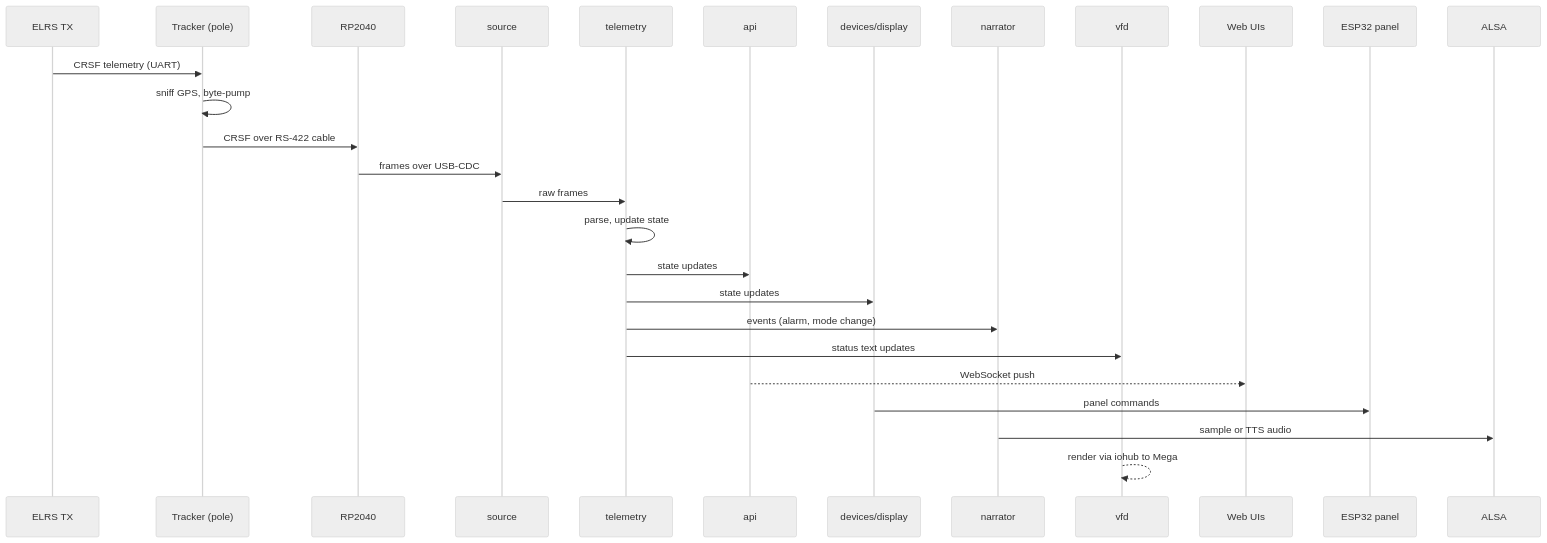
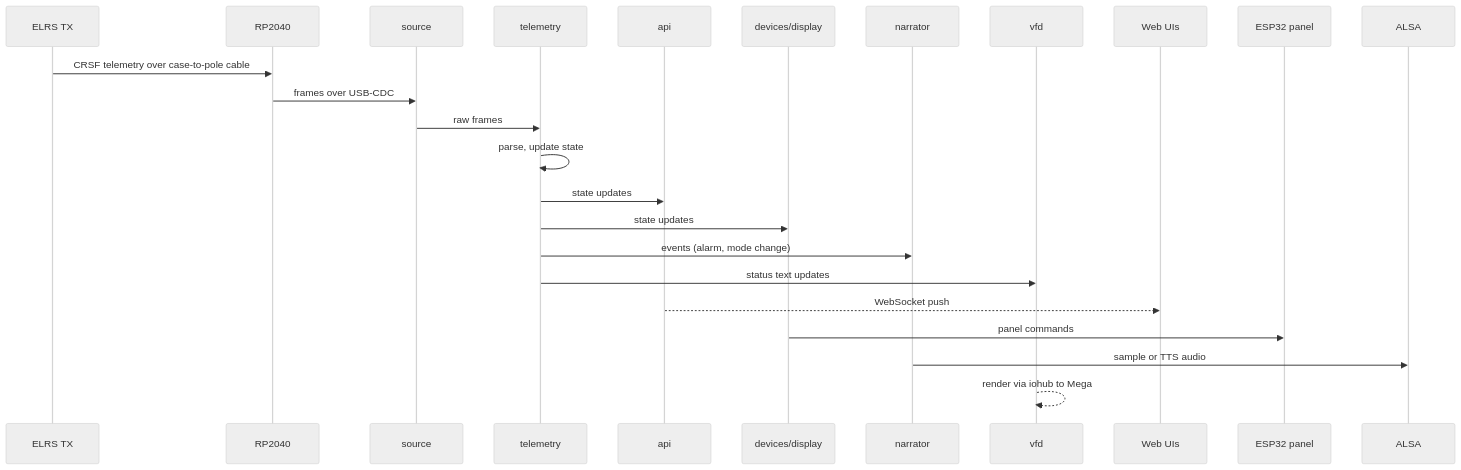
The second of 4 diagrams in docs/ARCHITECTURE.md (agoliveira/zerotx), drawn with Mermaid (neutral theme) before and after one commit. The commit also changed other lines of this file and 5 other files, not shown here.

````diff
--- a/docs/ARCHITECTURE.md
+++ b/docs/ARCHITECTURE.md
@@ -111,30 +109,27 @@
 ```mermaid
 sequenceDiagram
     participant ELRS as ELRS TX
-    participant TRK as Tracker (pole)
     participant RP as RP2040
     participant SRC as source
     participant TEL as telemetry
     participant API as api
     participant DSP as devices/display
     participant NAR as narrator
     participant VFD as vfd
     participant WEB as Web UIs
     participant PNL as ESP32 panel
     participant SPK as ALSA
 
-    ELRS->>TRK: CRSF telemetry (UART)
-    TRK->>TRK: sniff GPS, byte-pump
-    TRK->>RP: CRSF over RS-422 cable
+    ELRS->>RP: CRSF telemetry over case-to-pole cable
     RP->>SRC: frames over USB-CDC
     SRC->>TEL: raw frames
     TEL->>TEL: parse, update state
     TEL->>API: state updates
     TEL->>DSP: state updates
     TEL->>NAR: events (alarm, mode change)
     TEL->>VFD: status text updates
     API-->>WEB: WebSocket push
     DSP->>PNL: panel commands
     NAR->>SPK: sample or TTS audio
     VFD-->>VFD: render via iohub to Mega
 ```
````
